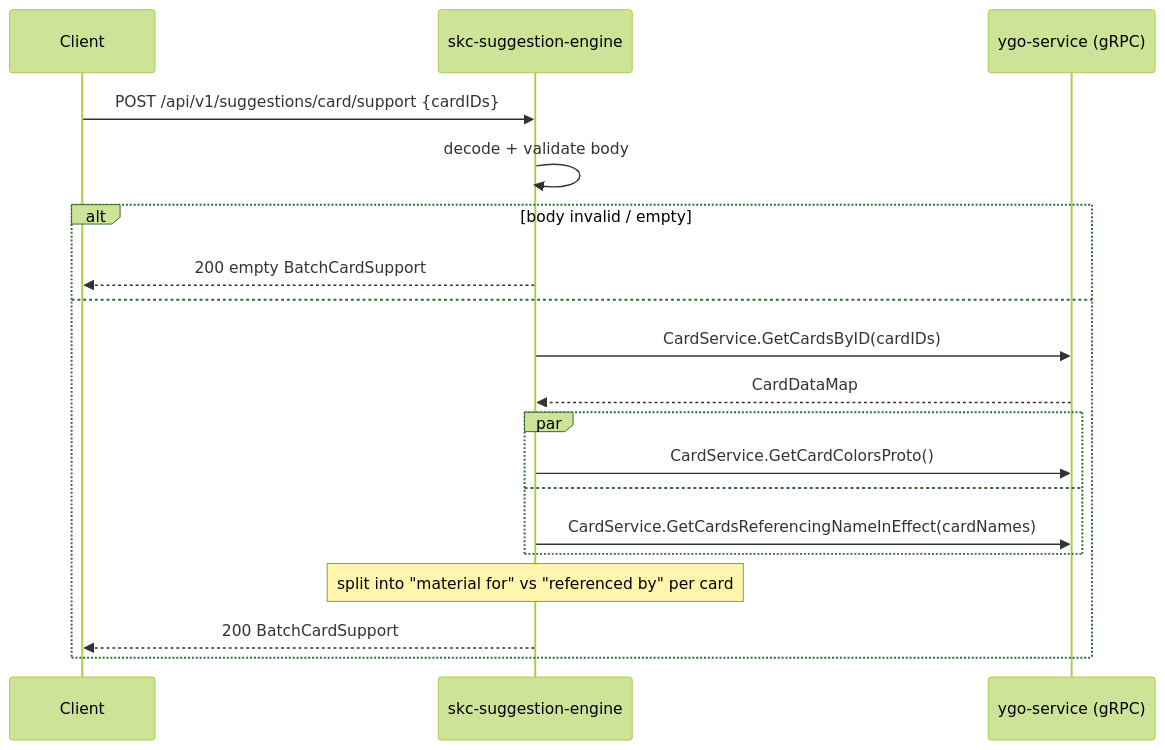
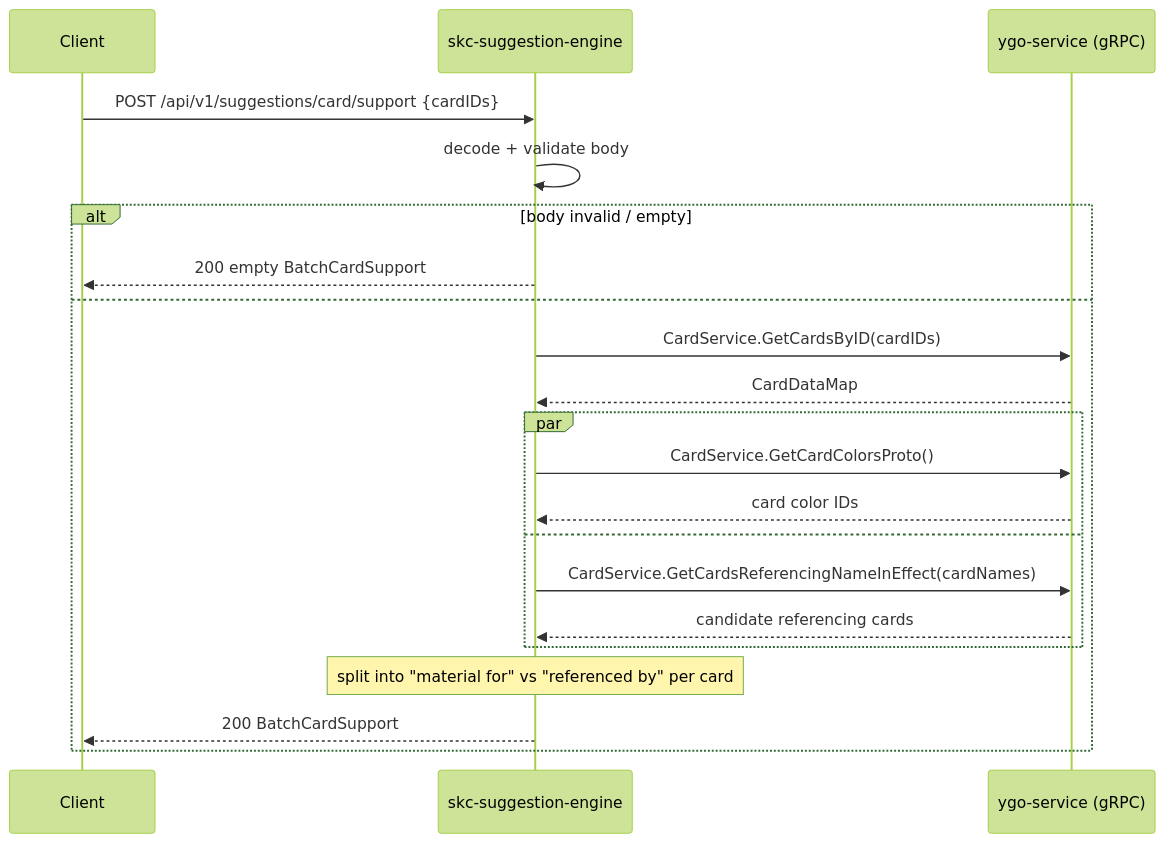
Before and after one commit to ygo-skc/skc-suggestion-engine: the seventh of 13 diagrams in SYSTEM_DESIGN.md, drawn with Mermaid (forest theme). The commit also changed other lines of this file, not shown here.

````diff
--- a/SYSTEM_DESIGN.md
+++ b/SYSTEM_DESIGN.md
@@ -126,22 +142,24 @@
 ```mermaid
 sequenceDiagram
     participant Client
     participant API as skc-suggestion-engine
     participant YGO as ygo-service (gRPC)
 
     Client->>API: POST /api/v1/suggestions/card/support {cardIDs}
     API->>API: decode + validate body
     alt body invalid / empty
         API-->>Client: 200 empty BatchCardSupport
     else
         API->>YGO: CardService.GetCardsByID(cardIDs)
         YGO-->>API: CardDataMap
         par
             API->>YGO: CardService.GetCardColorsProto()
+            YGO-->>API: card color IDs
         and
             API->>YGO: CardService.GetCardsReferencingNameInEffect(cardNames)
+            YGO-->>API: candidate referencing cards
         end
         Note over API: split into "material for" vs "referenced by" per card
         API-->>Client: 200 BatchCardSupport
     end
 ```
````
